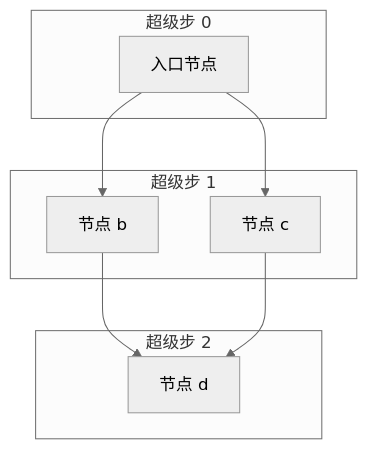
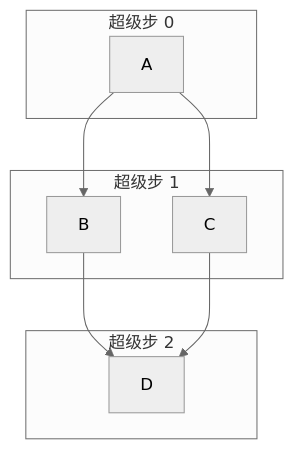
Before and after one commit to wanglh39/langgraph: the third of 6 diagrams in docs/principles/pregel.md, drawn with Mermaid (neutral theme). The commit also changed other lines of this file and 16 other files, not shown here.

````diff
--- a/docs/principles/pregel.md
+++ b/docs/principles/pregel.md
@@ -13,17 +371,17 @@
 ```mermaid
 graph TB
     subgraph 超级步 0
-        A[入口节点]
+        A
     end
     subgraph 超级步 1
-        B[节点 b]
-        C[节点 c]
+        B
+        C
     end
     subgraph 超级步 2
-        D[节点 d]
+        D
     end
     A --> B
     A --> C
     B --> D
     C --> D
 ```
````
